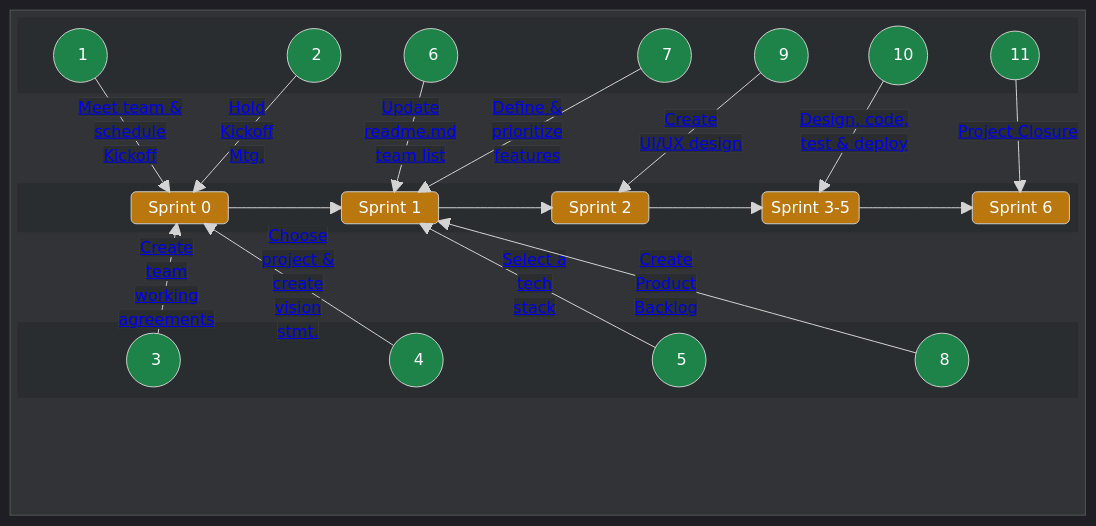
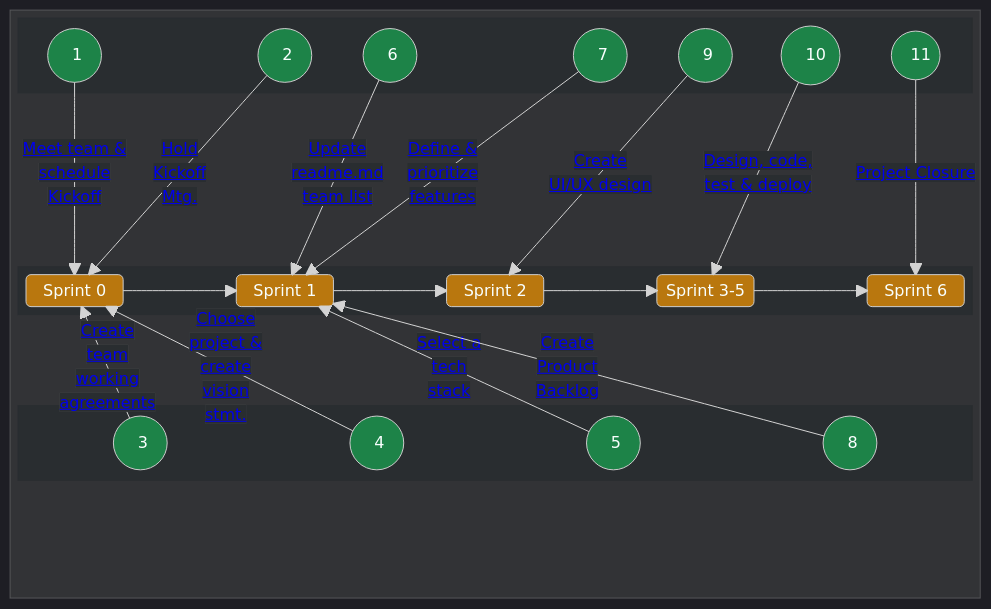
Before and after one commit to chingu-voyages/Handbook: the first of 2 diagrams in docs/guides/voyage/voyage.md, drawn with Mermaid.

Commit message:
Feature: Update sprint diagram task ordering

```diff
--- a/docs/guides/voyage/voyage.md
+++ b/docs/guides/voyage/voyage.md
@@ -82,9 +82,9 @@
         A11(("&nbsp;&nbsp;&nbsp;11&nbsp;"))
       end
       space
+      space
       block:B0CENTER
         columns 11
-        space
         SPRINT0("&nbsp;Sprint 0&nbsp;")
         space
         SPRINT1("&nbsp;Sprint 1&nbsp;")
```
